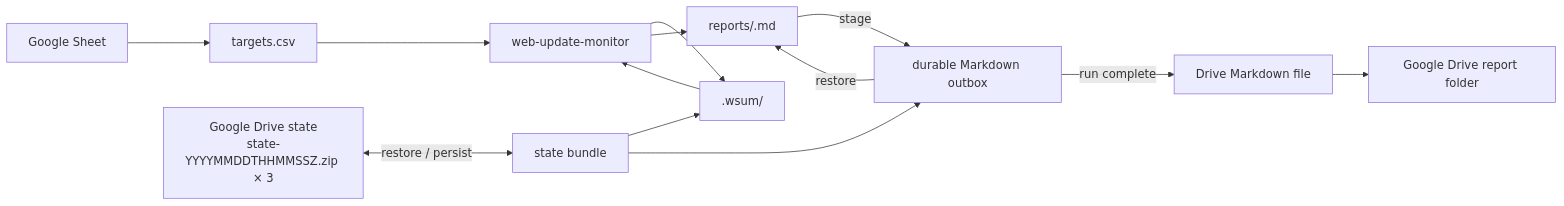
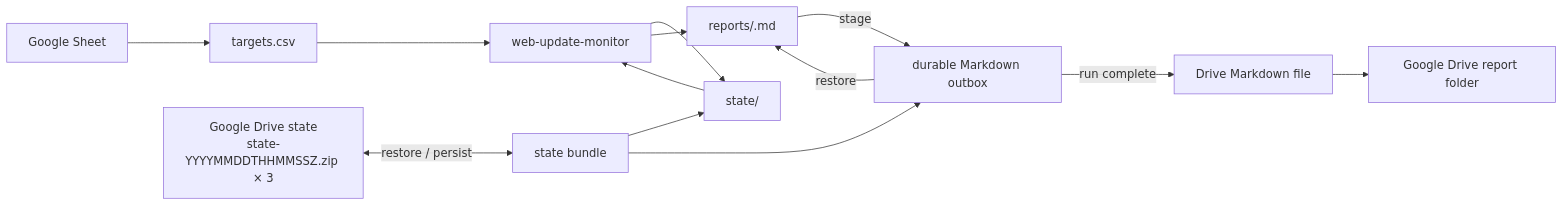
The first of 2 diagrams in README.md (dceoy/wsum), drawn with Mermaid before and after one commit. The commit also changed other lines of this file and 8 other files, not shown here.

````diff
--- a/README.md
+++ b/README.md
@@ -23,15 +23,15 @@
 ```mermaid
 flowchart LR
     GS["Google Sheet"] --> CSV["targets.csv"]
     DS["Google Drive state<br/>state-YYYYMMDDTHHMMSSZ.zip × 3"] <-->|restore / persist| BUNDLE["state bundle"]
-    BUNDLE --> STATE[".wsum/"]
+    BUNDLE --> STATE["state/"]
     BUNDLE --> OUT["durable Markdown outbox"]
     CSV --> CORE["web-update-monitor"]
     STATE --> CORE
     CORE --> STATE
     CORE --> REPORT["reports/<run-id>.md"]
     OUT -->|restore| REPORT
     REPORT -->|stage| OUT
     OUT -->|run complete| GMD["Drive Markdown file"]
     GMD --> DR["Google Drive report folder"]
 ```
````
